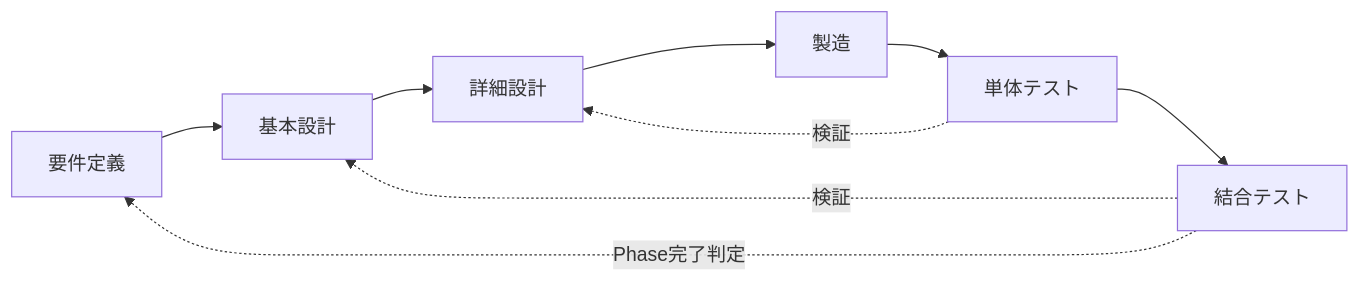
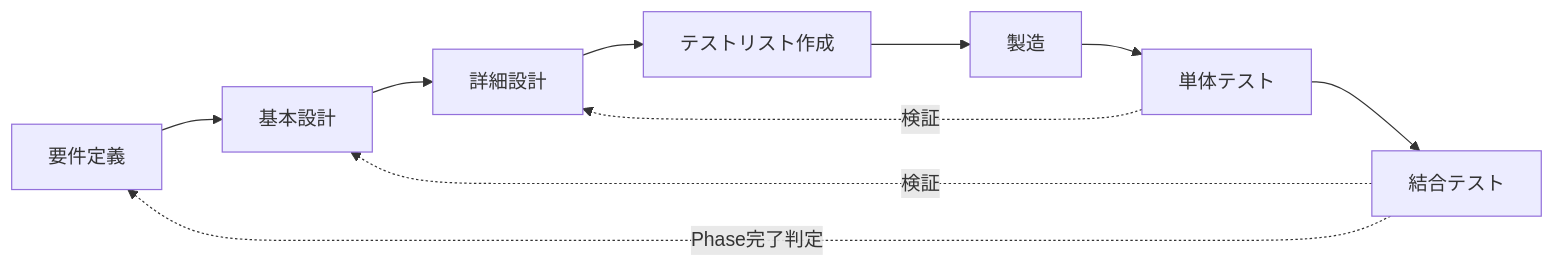
Before and after one commit to dateeee/2026_AFKGAME: the diagram in docs/development_process.md, drawn with Mermaid. The commit also changed other lines of this file and 5 other files, not shown here.

````diff
--- a/docs/development_process.md
+++ b/docs/development_process.md
@@ -19,11 +18,12 @@
 ```mermaid
 graph LR
     R[要件定義] --> B[基本設計]
     B --> D[詳細設計]
-    D --> M[製造]
+    D --> TL[テストリスト作成]
+    TL --> M[製造]
     M --> UT[単体テスト]
     UT --> IT[結合テスト]
     UT -. 検証 .-> D
     IT -. 検証 .-> B
     IT -. Phase完了判定 .-> R
 ```
````
